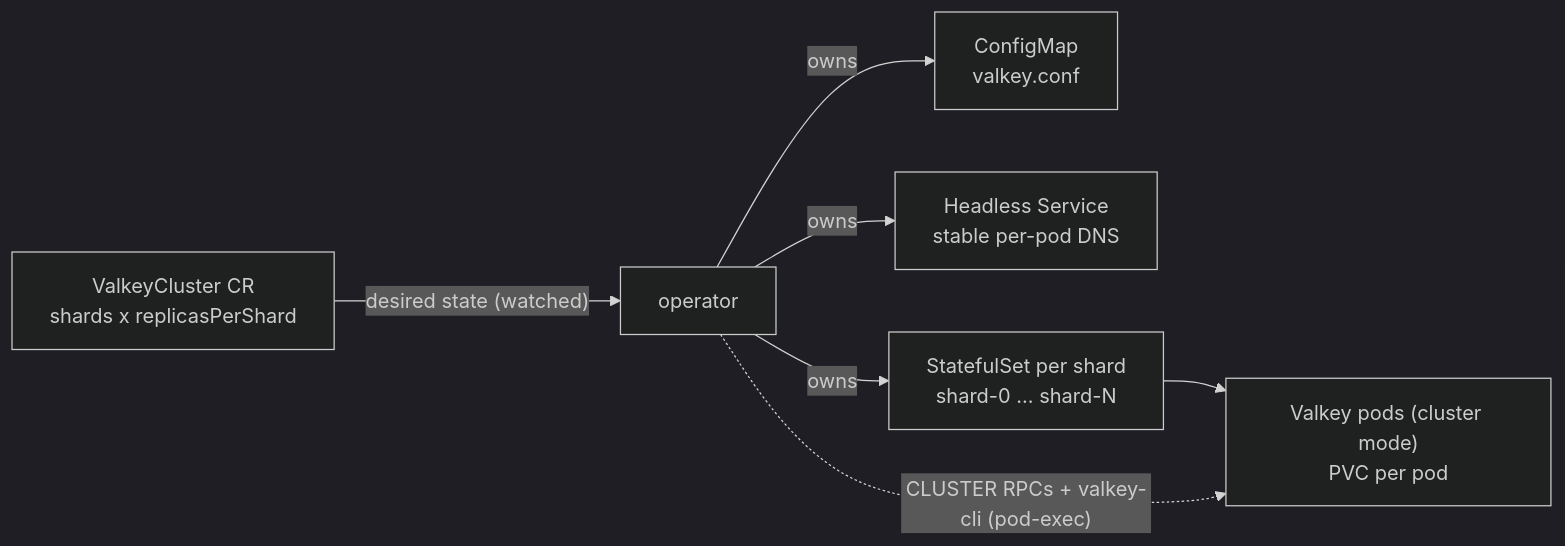
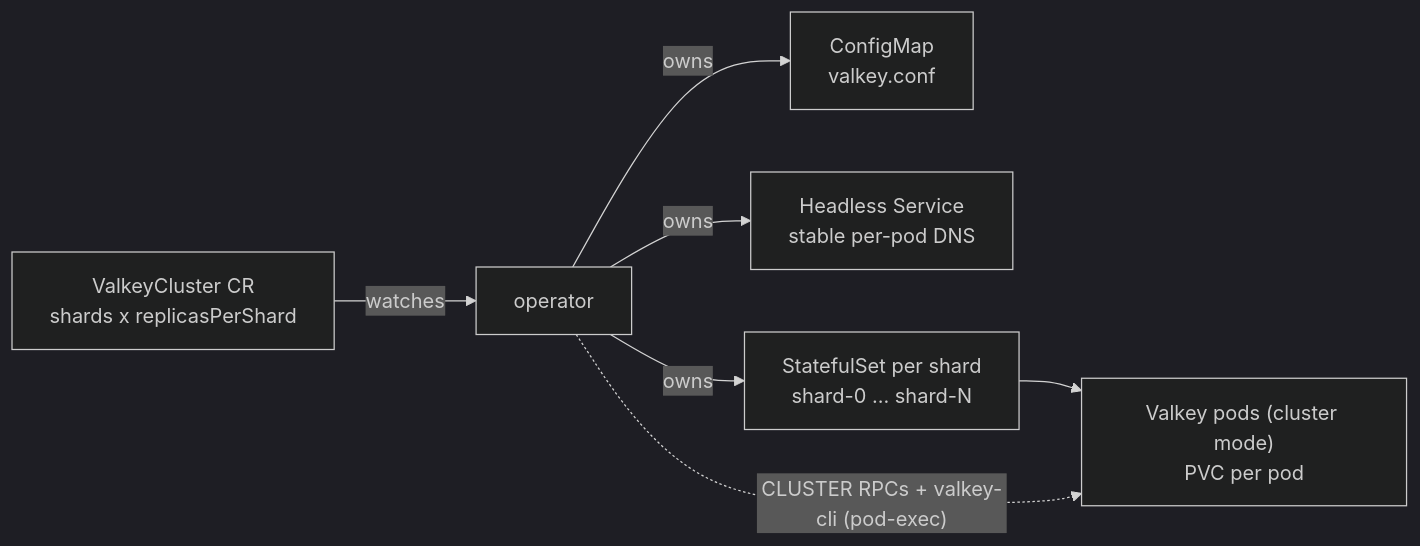
Before and after one commit to razkevich/valkeycluster-operator: the diagram in docs/walkthrough.md, drawn with Mermaid (dark theme). The commit also changed 2 other files, not shown here.

Commit message:
docs: simplify diagram edge label to 'watches'

````diff
--- a/docs/walkthrough.md
+++ b/docs/walkthrough.md
@@ -58,9 +58,9 @@
 ```mermaid
 flowchart LR
-  CR["ValkeyCluster CR<br/>shards x replicasPerShard"] -->|"desired state (watched)"| OP["operator"]
+  CR["ValkeyCluster CR<br/>shards x replicasPerShard"] -->|watches| OP["operator"]
   OP -->|owns| CM["ConfigMap<br/>valkey.conf"]
   OP -->|owns| SVC["Headless Service<br/>stable per-pod DNS"]
   OP -->|owns| STS["StatefulSet per shard<br/>shard-0 ... shard-N"]
   STS --> POD["Valkey pods (cluster mode)<br/>PVC per pod"]
   OP -.->|"CLUSTER RPCs + valkey-cli (pod-exec)"| POD
 ```
````
